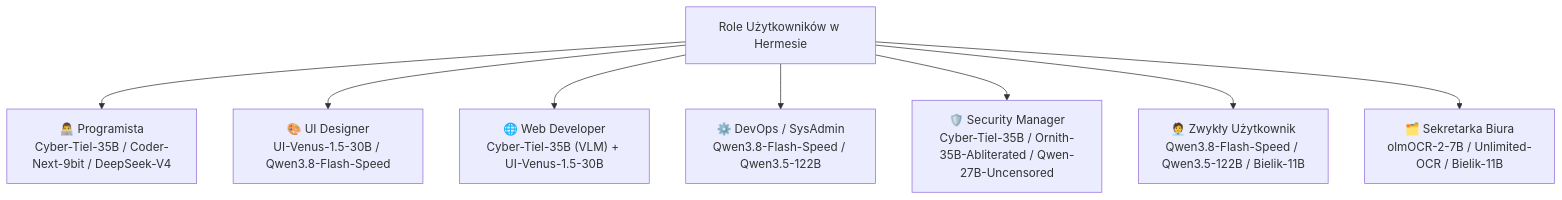
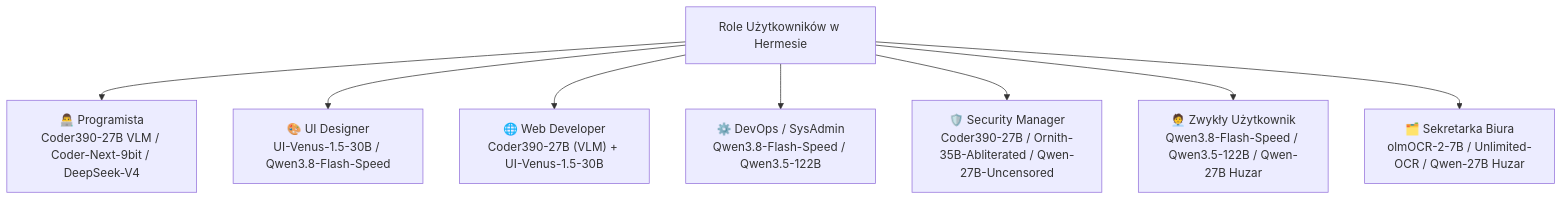
Before and after one commit to wojcio/omlx_hermes_setup: the diagram in HowTo_JakUzywac.md, drawn with Mermaid. The commit also changed other lines of this file and 9 other files, not shown here.

Commit message:
feat(models): integrate Qwen3.8-27B Huzar and Coder390 VLM, replace Bielik-11B and Cyber-Tiel

````diff
--- a/HowTo_JakUzywac.md
+++ b/HowTo_JakUzywac.md
@@ -61,12 +61,12 @@
 ```mermaid
 flowchart TD
     Roles["Role Użytkowników w Hermesie"]
     
-    Roles --> Dev["👨‍💻 Programista<br/>Cyber-Tiel-35B / Coder-Next-9bit / DeepSeek-V4"]
+    Roles --> Dev["👨‍💻 Programista<br/>Coder390-27B VLM / Coder-Next-9bit / DeepSeek-V4"]
     Roles --> UI["🎨 UI Designer<br/>UI-Venus-1.5-30B / Qwen3.8-Flash-Speed"]
-    Roles --> Web["🌐 Web Developer<br/>Cyber-Tiel-35B (VLM) + UI-Venus-1.5-30B"]
+    Roles --> Web["🌐 Web Developer<br/>Coder390-27B (VLM) + UI-Venus-1.5-30B"]
     Roles --> Ops["⚙️ DevOps / SysAdmin<br/>Qwen3.8-Flash-Speed / Qwen3.5-122B"]
-    Roles --> Sec["🛡️ Security Manager<br/>Cyber-Tiel-35B / Ornith-35B-Abliterated / Qwen-27B-Uncensored"]
-    Roles --> User["🧑‍💼 Zwykły Użytkownik<br/>Qwen3.8-Flash-Speed / Qwen3.5-122B / Bielik-11B"]
-    Roles --> Office["🗂️ Sekretarka Biura<br/>olmOCR-2-7B / Unlimited-OCR / Bielik-11B"]
+    Roles --> Sec["🛡️ Security Manager<br/>Coder390-27B / Ornith-35B-Abliterated / Qwen-27B-Uncensored"]
+    Roles --> User["🧑‍💼 Zwykły Użytkownik<br/>Qwen3.8-Flash-Speed / Qwen3.5-122B / Qwen-27B Huzar"]
+    Roles --> Office["🗂️ Sekretarka Biura<br/>olmOCR-2-7B / Unlimited-OCR / Qwen-27B Huzar"]
 ```
````
